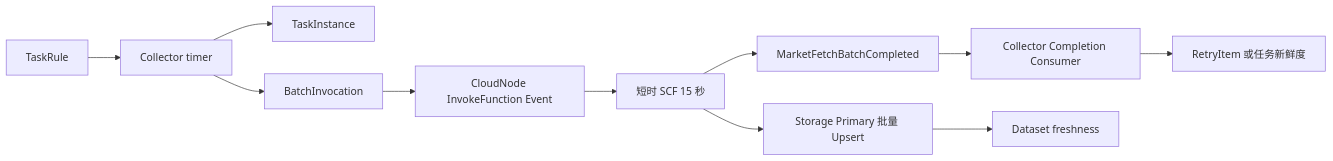
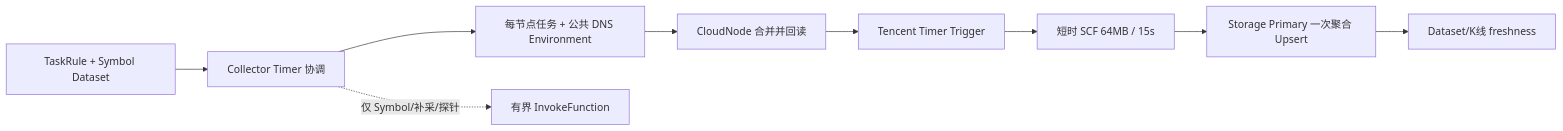
The diagram in docs/采集任务管理.md (mooyang-code/moox), drawn with Mermaid before and after one commit. The commit also changed other lines of this file and 42 other files, not shown here.

Commit message:
feat: switch market fetch to timer-triggered scf

````diff
--- a/docs/采集任务管理.md
+++ b/docs/采集任务管理.md
@@ -29,13 +41,11 @@
 ```mermaid
 flowchart LR
-  Rule["TaskRule"] --> Scheduler["Collector timer"]
-  Scheduler --> Instance["TaskInstance"]
-  Scheduler --> Batch["BatchInvocation"]
-  Batch --> CloudNode["CloudNode InvokeFunction Event"]
-  CloudNode --> SCF["短时 SCF 15 秒"]
-  SCF --> Storage["Storage Primary 批量 Upsert"]
-  SCF --> EventBus["MarketFetchBatchCompleted"]
-  EventBus --> Completion["Collector Completion Consumer"]
-  Completion --> Retry["RetryItem 或任务新鲜度"]
-  Storage --> Monitor["Dataset freshness"]
+  Rule["TaskRule + Symbol Dataset"] --> Collector["Collector Timer 协调"]
+  Collector --> Env["每节点任务 + 公共 DNS Environment"]
+  Env --> CloudNode["CloudNode 合并并回读"]
+  CloudNode --> Trigger["Tencent Timer Trigger"]
+  Trigger --> SCF["短时 SCF 64MB / 15s"]
+  SCF --> Storage["Storage Primary 一次聚合 Upsert"]
+  Storage --> Monitor["Dataset/K线 freshness"]
+  Collector -. "仅 Symbol/补采/探针" .-> Invoke["有界 InvokeFunction"]
 ```
````
